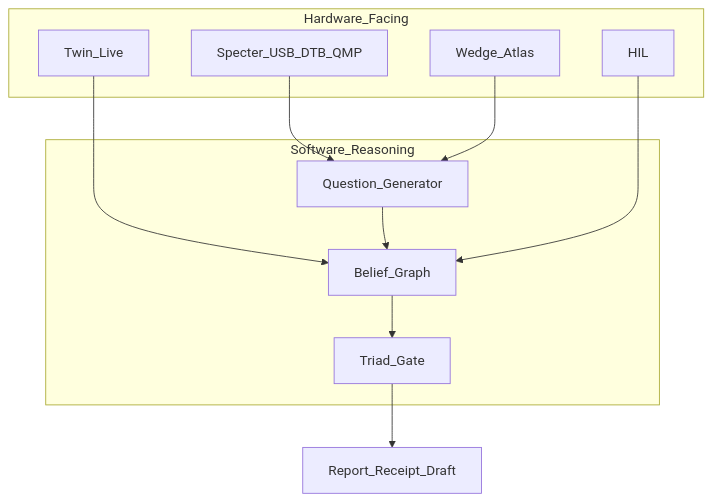
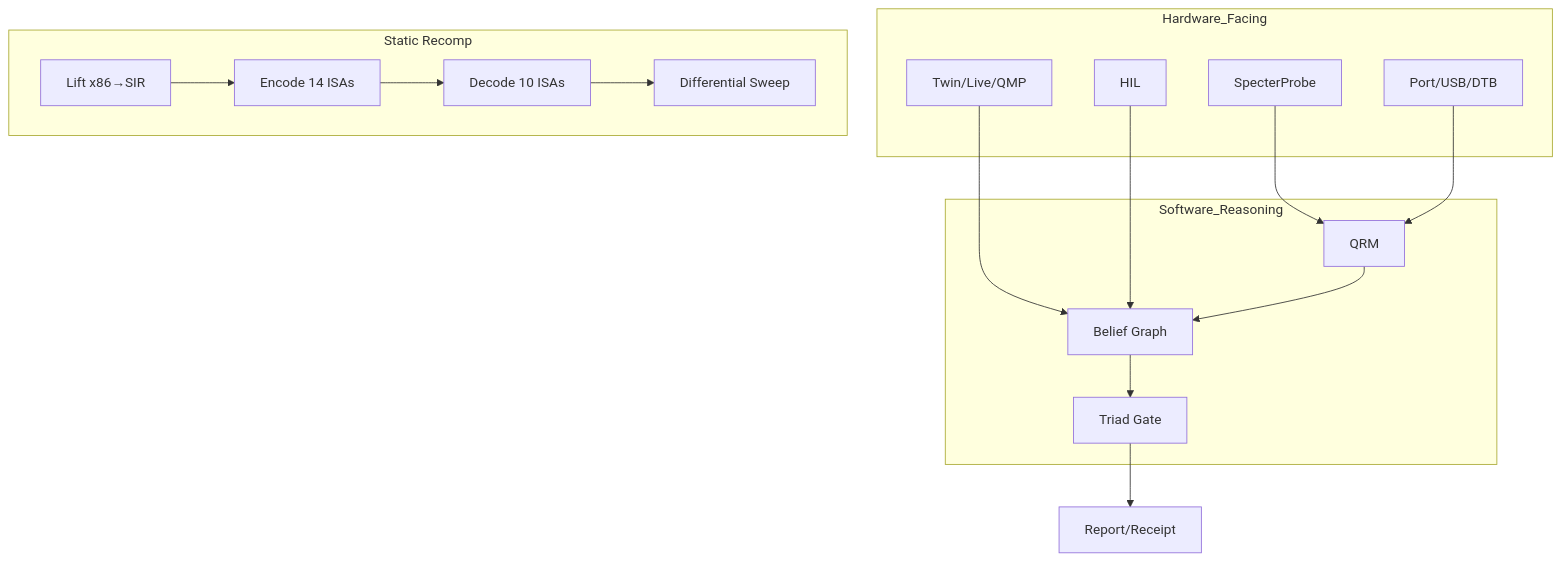
One commit to bmcc-DEV/B.A.S.E. changed the diagram in README.md. Above: the diagram before and after it, drawn with Mermaid. The commit also changed other lines of this file and 10 other files, not shown here.

First line of the commit message:
feat(recomp): P6.0 conditional control flow — SPARC conditional, P6 preservation level, 17 SIR kinds

````diff
--- a/README.md
+++ b/README.md
@@ -178,21 +175,26 @@
 ```mermaid
 flowchart TB
   subgraph hw [Hardware_Facing]
-    Acq[Specter_USB_DTB_QMP]
-    Twin[Twin_Live]
-    Atlas[Wedge_Atlas]
+    Specter[SpecterProbe]
+    Port[Port/USB/DTB]
+    Twin[Twin/Live/QMP]
     Hil[HIL]
   end
   subgraph sw [Software_Reasoning]
-    QRM[Question_Generator]
-    Bel[Belief_Graph]
-    Tri[Triad_Gate]
+    QRM[QRM]
+    Bel[Belief Graph]
+    Tri[Triad Gate]
   end
-  Acq --> QRM
+  subgraph recomp [Static Recomp]
+    Lift[Lift x86→SIR]
+    Enc[Encode 14 ISAs]
+    Dec[Decode 10 ISAs]
+    Sweep[Differential Sweep]
+  end
+  Specter --> QRM
+  Port --> QRM
   Twin --> Bel
-  Atlas --> QRM
-  QRM --> Bel
-  Bel --> Tri
-  Tri --> Out[Report_Receipt_Draft]
   Hil --> Bel
+  QRM --> Bel --> Tri --> Report[Report/Receipt]
+  Lift --> Enc --> Dec --> Sweep
 ```
````
